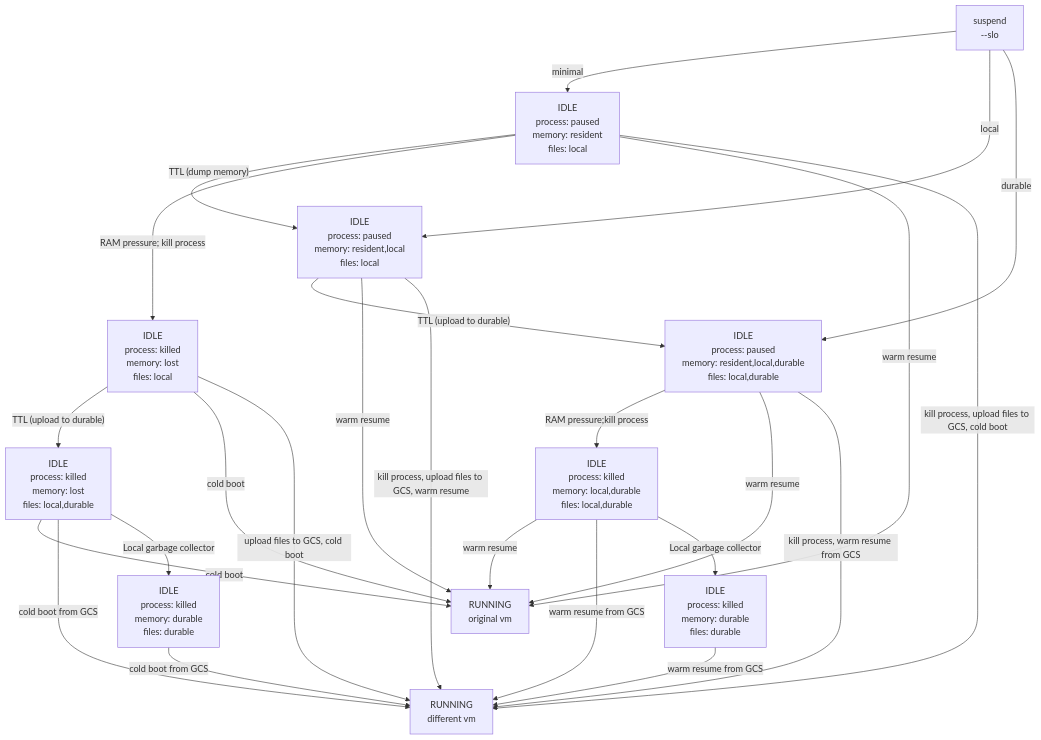
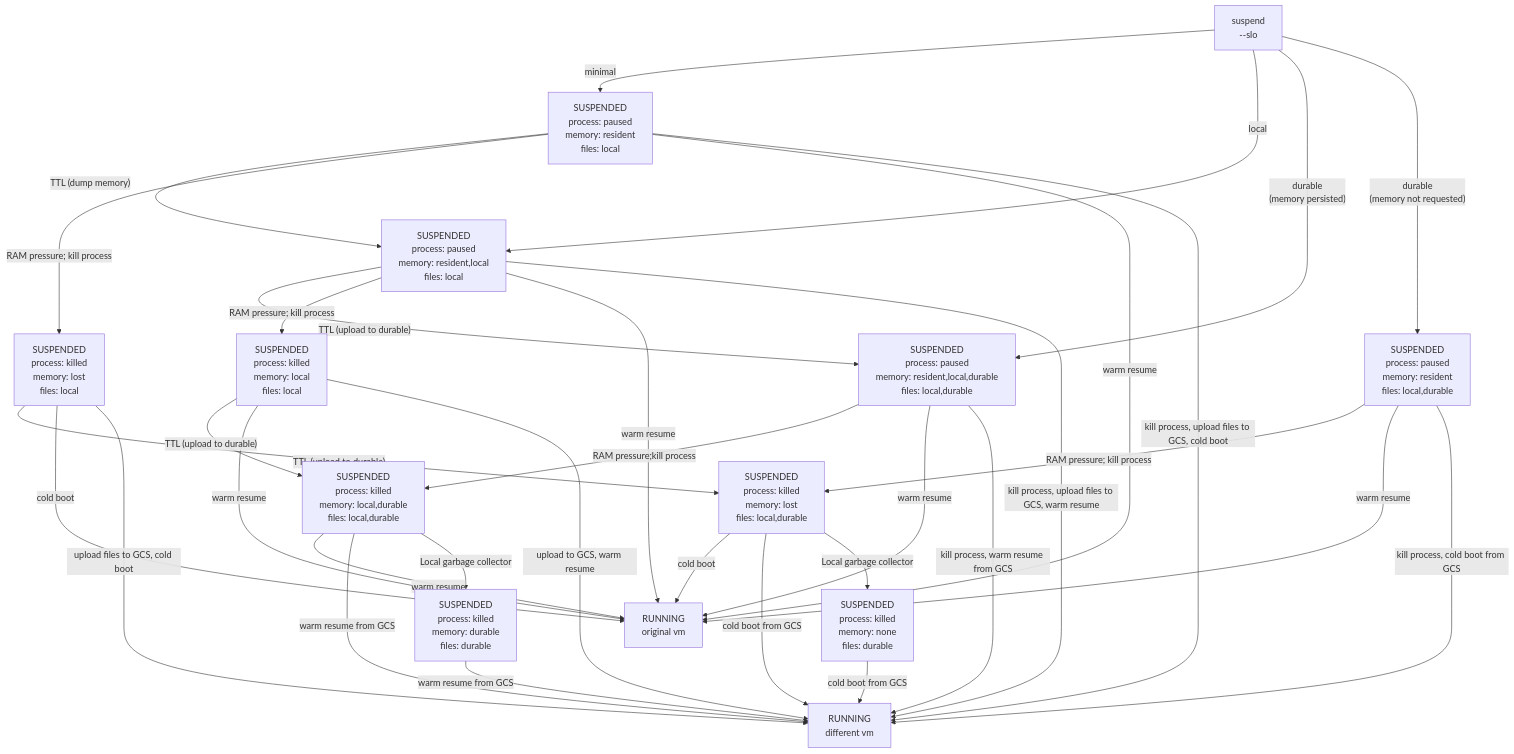
One commit to dberkov/substrate changed the second of 2 diagrams in docs/actor-lifecycle-v2.md. Above: the diagram before and after it, drawn with Mermaid. The commit also changed other lines of this file, not shown here.

````diff
--- a/docs/actor-lifecycle-v2.md
+++ b/docs/actor-lifecycle-v2.md
@@ -67,64 +67,78 @@
 ```mermaid
 flowchart TD 
 
 S["suspend<br/>--slo"]
 S -- "minimal" --> I_P_R_L
 S -- "local" --> I_P_RL_L
-S -- "durable" --> I_P_RLD_LD
+S -- "durable<br/>(memory persisted)" --> I_P_RLD_LD
+S -- "durable<br/>(memory not requested)" --> I_P_R_LD
 
-%% IDLE | process:paused | memory:resident | files:local
-I_P_R_L["IDLE<br/>process:&nbsp;paused<br/>memory:&nbsp;resident<br/>files:&nbsp;local"]
+%% SUSPENDED | process:paused | memory:resident | files:local
+I_P_R_L["SUSPENDED<br/>process:&nbsp;paused<br/>memory:&nbsp;resident<br/>files:&nbsp;local"]
 I_P_R_L -- "TTL (dump memory)" --> I_P_RL_L
 I_P_R_L -- "RAM pressure; kill process" --> I_K_L_L
 I_P_R_L -- "warm resume" --> R1
 I_P_R_L -- "kill process, upload files to GCS, cold boot" --> R2
 
 
-%% IDLE | process:paused | memory:resident,local | files:local
-I_P_RL_L["IDLE<br/>process:&nbsp;paused<br/>memory:&nbsp;resident,local<br/>files:&nbsp;local"]
+%% SUSPENDED | process:paused | memory:resident,local | files:local
+I_P_RL_L["SUSPENDED<br/>process:&nbsp;paused<br/>memory:&nbsp;resident,local<br/>files:&nbsp;local"]
 I_P_RL_L -- "TTL (upload to durable)" --> I_P_RLD_LD
+I_P_RL_L -- "RAM pressure; kill process" --> I_K_ML_L
 I_P_RL_L -- "warm resume" --> R1
 I_P_RL_L -- "kill process, upload files to GCS, warm resume" --> R2
 
-%% IDLE | process:killed | memory:lost | files:local
-I_K_L_L["IDLE<br/>process:&nbsp;killed<br/>memory:&nbsp;lost<br/>files:&nbsp;local"]
+%% SUSPENDED | process:killed | memory:local | files:local
+I_K_ML_L["SUSPENDED<br/>process:&nbsp;killed<br/>memory:&nbsp;local<br/>files:&nbsp;local"]
+I_K_ML_L -- "TTL (upload to durable)" --> I_K_LD_LD
+I_K_ML_L -- "warm resume" --> R1
+I_K_ML_L -- "upload to GCS, warm resume" --> R2
+
+%% SUSPENDED | process:killed | memory:lost | files:local
+I_K_L_L["SUSPENDED<br/>process:&nbsp;killed<br/>memory:&nbsp;lost<br/>files:&nbsp;local"]
 I_K_L_L -- "TTL (upload to durable)" --> I_K_L_LD
 I_K_L_L -- "cold boot" --> R1
 I_K_L_L -- "upload files to GCS, cold boot" --> R2
 
 
-%% IDLE | process:killed | memory:lost | files:local,durable
-I_K_L_LD["IDLE<br/>process:&nbsp;killed<br/>memory:&nbsp;lost<br/>files:&nbsp;local,durable"]
+%% SUSPENDED | process:killed | memory:lost | files:local,durable
+I_K_L_LD["SUSPENDED<br/>process:&nbsp;killed<br/>memory:&nbsp;lost<br/>files:&nbsp;local,durable"]
 I_K_L_LD -- "cold boot" --> R1
 I_K_L_LD -- "cold boot from GCS" --> R2
 I_K_L_LD -- "Local garbage collector" --> I_N_N_D
 
-%% IDLE | process:paused | memory:residenet,local,durable | files:local,durable
-I_P_RLD_LD["IDLE<br/>process:&nbsp;paused<br/>memory:&nbsp;resident,local,durable<br/>files:&nbsp;local,durable"]
+%% SUSPENDED | process:paused | memory:resident | files:local,durable
+I_P_R_LD["SUSPENDED<br/>process:&nbsp;paused<br/>memory:&nbsp;resident<br/>files:&nbsp;local,durable"]
+I_P_R_LD -- "RAM pressure; kill process" --> I_K_L_LD
+I_P_R_LD -- "warm resume" --> R1
+I_P_R_LD -- "kill process, cold boot from GCS" --> R2
+
+%% SUSPENDED | process:paused | memory:residenet,local,durable | files:local,durable
+I_P_RLD_LD["SUSPENDED<br/>process:&nbsp;paused<br/>memory:&nbsp;resident,local,durable<br/>files:&nbsp;local,durable"]
 I_P_RLD_LD -- "RAM pressure;kill process" --> I_K_LD_LD
 I_P_RLD_LD -- "warm resume" --> R1
 I_P_RLD_LD -- "kill process, warm resume from GCS" --> R2
 
 
-%% IDLE | process:killed | memory:local,durable | files:local,durable
-I_K_LD_LD["IDLE<br/>process:&nbsp;killed<br/>memory:&nbsp;local,durable<br/>files:&nbsp;local,durable"]
+%% SUSPENDED | process:killed | memory:local,durable | files:local,durable
+I_K_LD_LD["SUSPENDED<br/>process:&nbsp;killed<br/>memory:&nbsp;local,durable<br/>files:&nbsp;local,durable"]
 I_K_LD_LD -- "warm resume" --> R1
 I_K_LD_LD -- "warm resume from GCS" --> R2
 I_K_LD_LD -- "Local garbage collector" --> I_N_D_D
 
 
-%% IDLE | process:none | memory:durable | files:durable
-I_N_D_D["IDLE<br/>process:&nbsp;killed<br/>memory:&nbsp;durable<br/>files:&nbsp;durable"]
+%% SUSPENDED | process:none | memory:durable | files:durable
+I_N_D_D["SUSPENDED<br/>process:&nbsp;killed<br/>memory:&nbsp;durable<br/>files:&nbsp;durable"]
 I_N_D_D -- "warm resume from GCS" --> R2
 
-%% IDLE | process:none | memory:none | files:durable
-I_N_N_D["IDLE<br/>process:&nbsp;killed<br/>memory:&nbsp;durable<br/>files:&nbsp;durable"]
+%% SUSPENDED | process:none | memory:none | files:durable
+I_N_N_D["SUSPENDED<br/>process:&nbsp;killed<br/>memory:&nbsp;none<br/>files:&nbsp;durable"]
 I_N_N_D -- "cold boot from GCS" --> R2
 
 
 %% RUNNING on local machine
 R1["RUNNING<br/>original&nbsp;vm"]
 
 %% RUNNING on remote machine
 R2["RUNNING<br/>different&nbsp;vm"]
 ```
````
